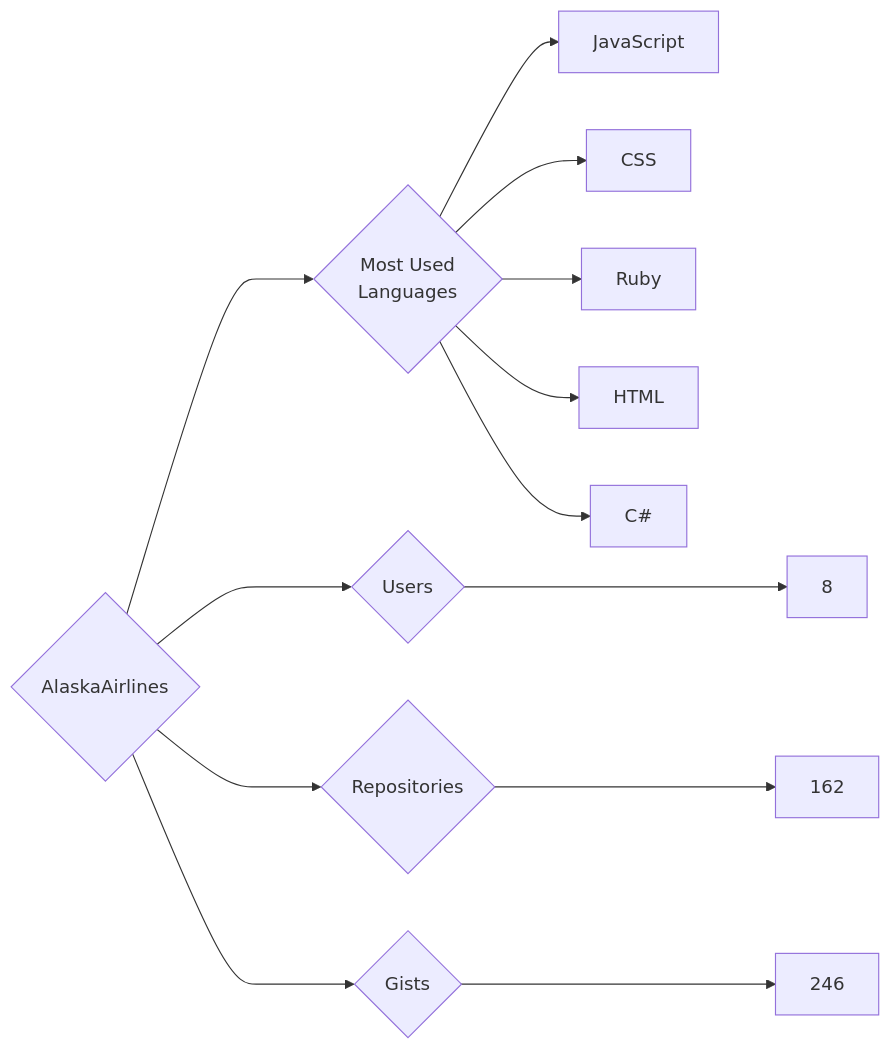
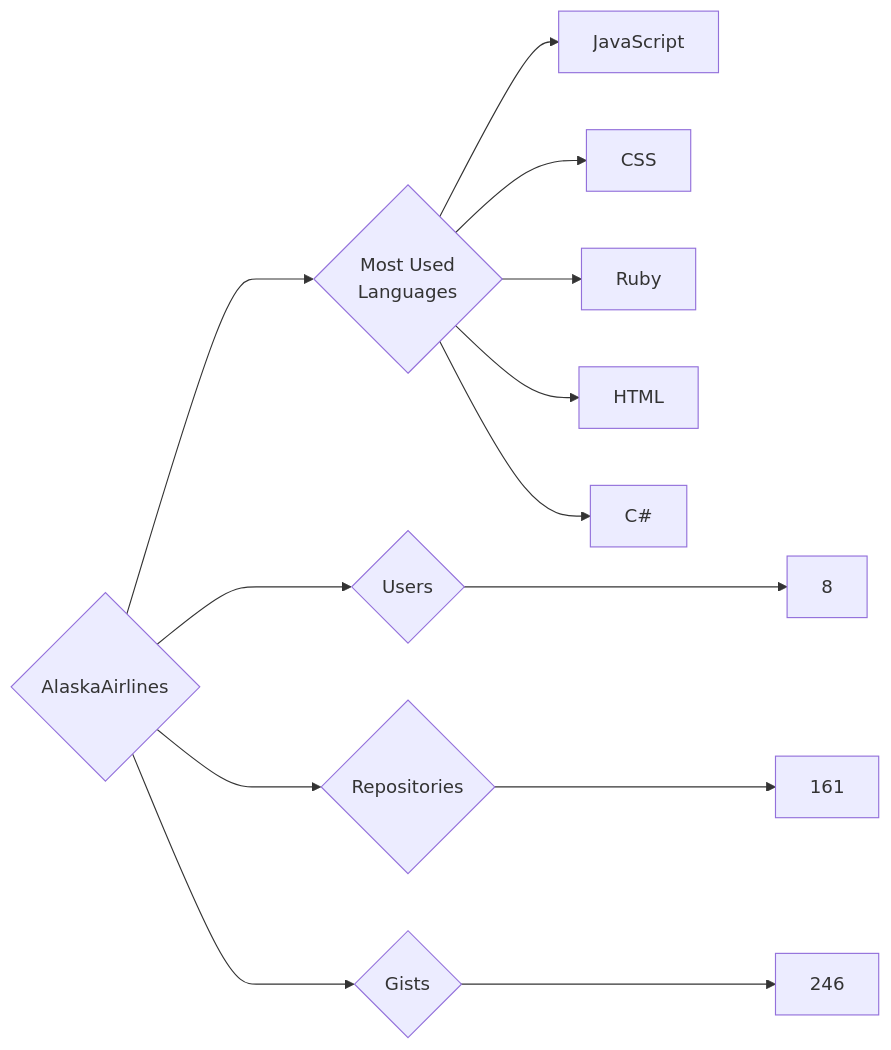
Before and after one commit to trickest/insiders: the diagram in targets/AlaskaAirlines/README.md, drawn with Mermaid. The commit also changed 629 other files, not shown here.

````diff
--- a/targets/AlaskaAirlines/README.md
+++ b/targets/AlaskaAirlines/README.md
@@ -3,13 +3,13 @@
 ```mermaid
 graph LR
 COMPANY_NAME{AlaskaAirlines}
 COMPANY_NAME ---> U{Users} ---> UN[8]
-COMPANY_NAME ---> R{Repositories} ---> RN[162]
+COMPANY_NAME ---> R{Repositories} ---> RN[161]
 COMPANY_NAME ---> G{Gists} ---> GN[246]
 COMPANY_NAME ---> ML{Most Used<br>Languages}
 ML --> JavaScript[JavaScript]
 ML --> CSS[CSS]
 ML --> Ruby[Ruby]
 ML --> HTML[HTML]
 ML --> C#[C#]
 ```
````
